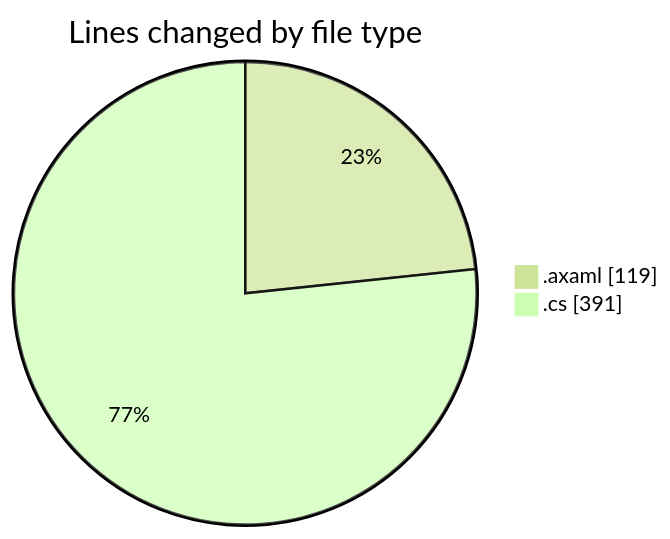
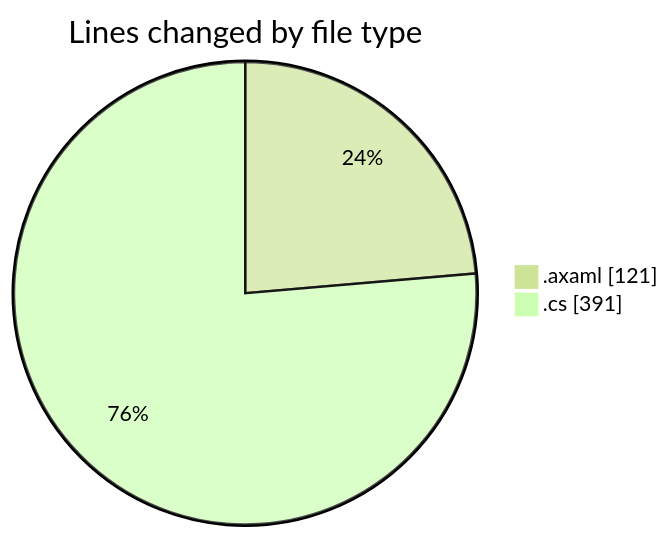
The first of 2 diagrams in 2025-10-29/skintrack/README.md (Netris89/code-tracking), drawn with Mermaid (forest theme) before and after one commit. The commit also changed other lines of this file and 1 other file, not shown here.

````diff
--- a/2025-10-29/skintrack/README.md
+++ b/2025-10-29/skintrack/README.md
@@ -36,6 +36,6 @@
 ```mermaid
 pie showData
 title Lines changed by file type
-".axaml" : 119
+".axaml" : 121
 ".cs" : 391
 ```
````
